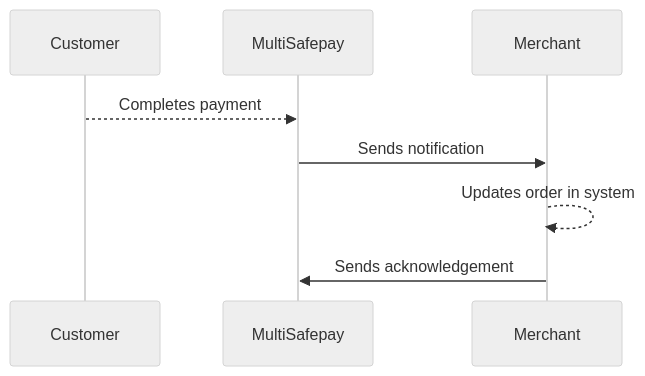
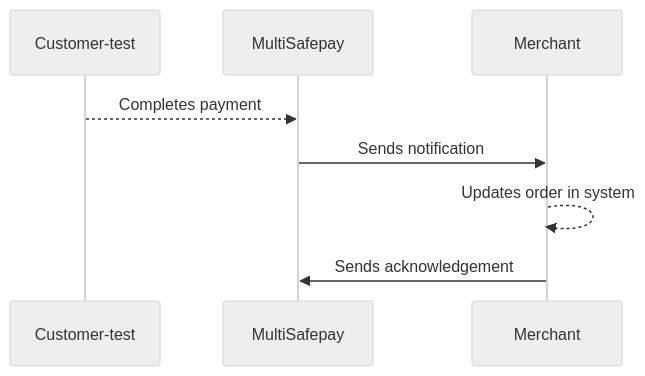
Before and after one commit to MultiSafepay/docs: the diagram in static/diagrams/src/webhook.mmd, drawn with Mermaid (neutral theme). The commit also changed other lines of this file, not shown here.

Commit message:
DOCS-3313: GitHub Action to automate mermaid diagrams

```diff
--- a/static/diagrams/src/webhook.mmd
+++ b/static/diagrams/src/webhook.mmd
@@ -1,9 +1,9 @@
 sequenceDiagram
-    participant C as Customer
+    participant C as Customer-test
     participant Mu as MultiSafepay
     participant Me as Merchant
 
     C-->>Mu: Completes payment
     Mu->>Me: Sends notification
     Me-->>Me: Updates order in system
     Me->>Mu: Sends acknowledgement
```
